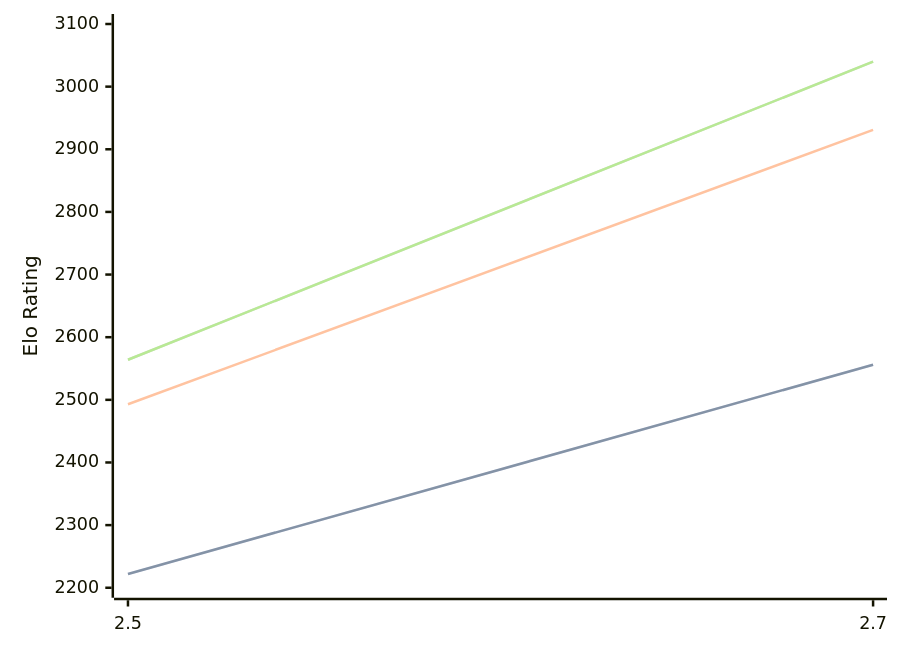
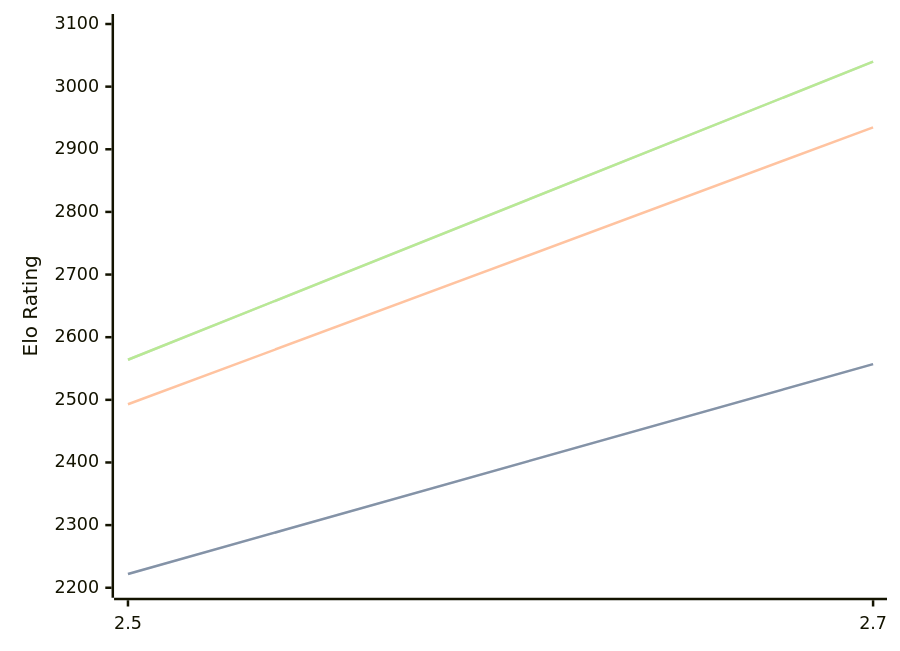
Before and after one commit to computer-chess-index/cci: the diagram in engines/Zevra.md, drawn with Mermaid. The commit also changed other lines of this file, not shown here.

````diff
--- a/engines/Zevra.md
+++ b/engines/Zevra.md
@@ -32,11 +32,11 @@
 ```mermaid
 %%{init: {"theme":"base","themeVariables":{"seriesColors:['#a3a3a3','#222221','#faa371']}}}%%
 xychart-beta
   x-axis ["2.5", "2.7"]
   y-axis "Elo Rating" 2200 --> 3100
-  line "" [2222, 2556]
-  line "STC (8.0+0.08s)" [2222, 2556]
-  line "LTC (60.0+0.60s)" [2493, 2931]
+  line "" [2222, 2557]
+  line "STC (8.0+0.08s)" [2222, 2557]
+  line "LTC (60.0+0.60s)" [2493, 2935]
   line "" [2564, 3040]
   line "VLTC (2m24s+1.12s)" [2564, 3040]
 ```
````
